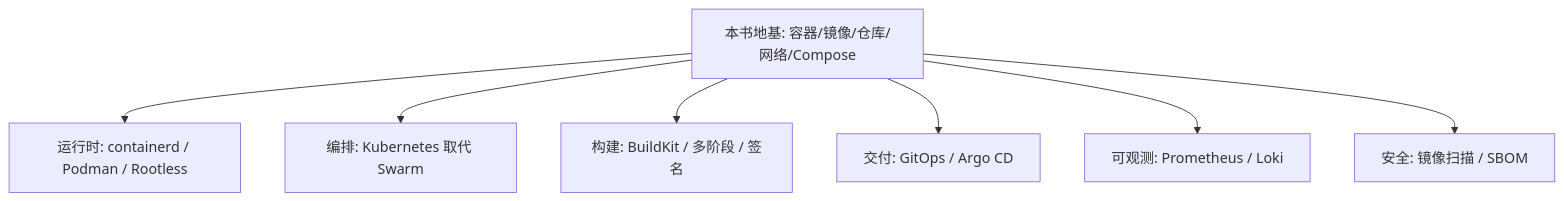
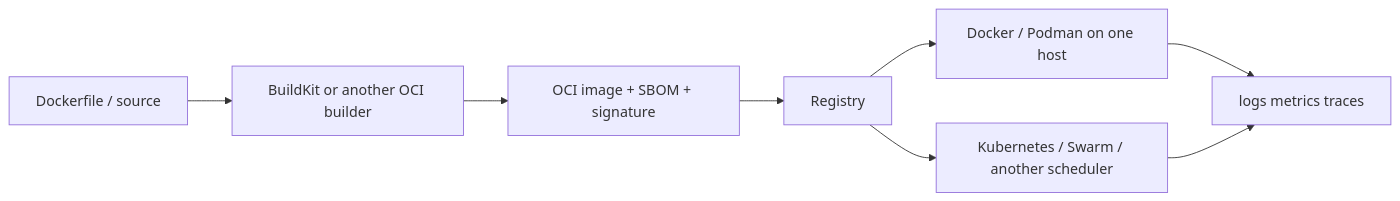
The third of 3 diagrams in src/books/software/第一本Docker书修订版.md (Cunyanger/Cunyanger.github.io), drawn with Mermaid before and after one commit. The commit also changed other lines of this file and 4 other files, not shown here.

````diff
--- a/src/books/software/第一本Docker书修订版.md
+++ b/src/books/software/第一本Docker书修订版.md
@@ -1103,9 +1154,10 @@
 ```mermaid
-flowchart TB
-  A[本书地基: 容器/镜像/仓库/网络/Compose] --> B[运行时: containerd / Podman / Rootless]
-  A --> C[编排: Kubernetes 取代 Swarm]
-  A --> D[构建: BuildKit / 多阶段 / 签名]
-  A --> E[交付: GitOps / Argo CD]
-  A --> F[可观测: Prometheus / Loki]
-  A --> G[安全: 镜像扫描 / SBOM]
+flowchart LR
+  A[Dockerfile / source] --> B[BuildKit or another OCI builder]
+  B --> C[OCI image + SBOM + signature]
+  C --> D[Registry]
+  D --> E1[Docker / Podman on one host]
+  D --> E2[Kubernetes / Swarm / another scheduler]
+  E1 --> F[logs metrics traces]
+  E2 --> F
 ```
````
